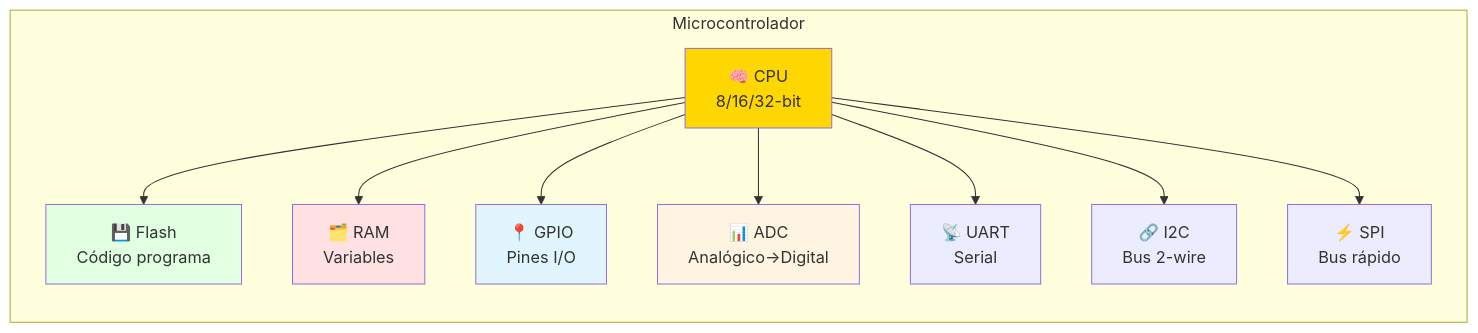
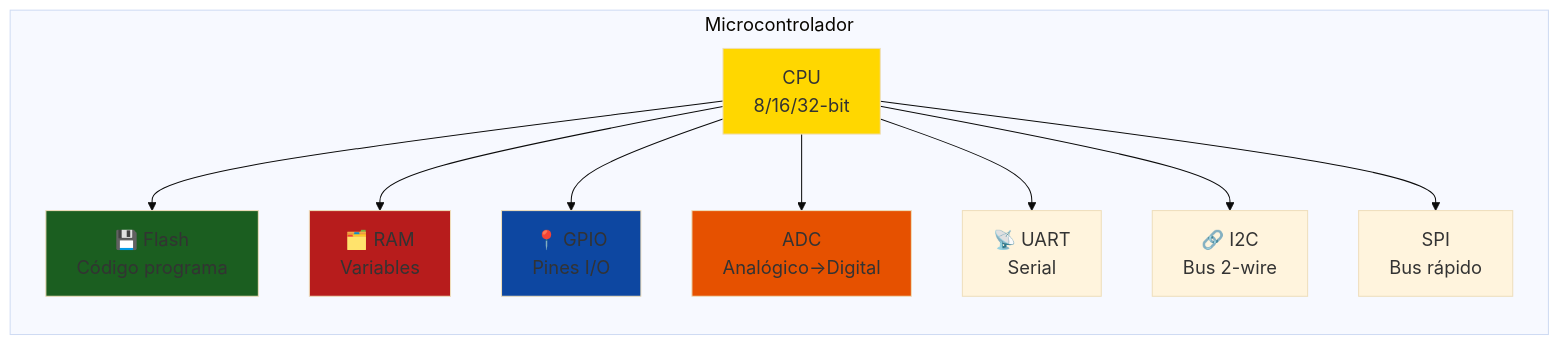
One commit to Ai-Whisperers/Courses-Content changed the third of 16 diagrams in courses/🟡-development/FPUNA-2026/02-ELECTRONICA-AUTOMATIZACION/03-desarrollo-firmware.md. Above: the diagram before and after it, drawn with Mermaid. The commit also changed other lines of this file and 47 other files, not shown here.

First line of the commit message:
fix: Make all 473 diagrams WCAG AAA accessible (FPUNA-2026)

````diff
--- a/courses/🟡-development/FPUNA-2026/02-ELECTRONICA-AUTOMATIZACION/03-desarrollo-firmware.md
+++ b/courses/🟡-development/FPUNA-2026/02-ELECTRONICA-AUTOMATIZACION/03-desarrollo-firmware.md
@@ -112,27 +114,28 @@
 ```mermaid
+%%{init: {'theme':'base', 'themeVariables': {'fontSize':'18px'}}}%%
 graph LR
     subgraph "Microcontrolador"
-        CPU[🧠 CPU<br/>8/16/32-bit]
+        CPU[CPU<br/>8/16/32-bit]
         FLASH[💾 Flash<br/>Código programa]
         RAM[🗂️ RAM<br/>Variables]
         GPIO[📍 GPIO<br/>Pines I/O]
-        ADC[📊 ADC<br/>Analógico→Digital]
+        ADC[ADC<br/>Analógico→Digital]
         UART[📡 UART<br/>Serial]
         I2C[🔗 I2C<br/>Bus 2-wire]
-        SPI[⚡ SPI<br/>Bus rápido]
+        SPI[SPI<br/>Bus rápido]
         
         CPU --> FLASH
         CPU --> RAM
         CPU --> GPIO
         CPU --> ADC
         CPU --> UART
         CPU --> I2C
         CPU --> SPI
     end
     
     style CPU fill:#FFD700
-    style FLASH fill:#E1FFE1
-    style RAM fill:#FFE1E1
-    style GPIO fill:#E1F5FF
-    style ADC fill:#FFF4E1
+    style FLASH fill:#1b5e20
+    style RAM fill:#b71c1c
+    style GPIO fill:#0d47a1
+    style ADC fill:#e65100
 ```
````
